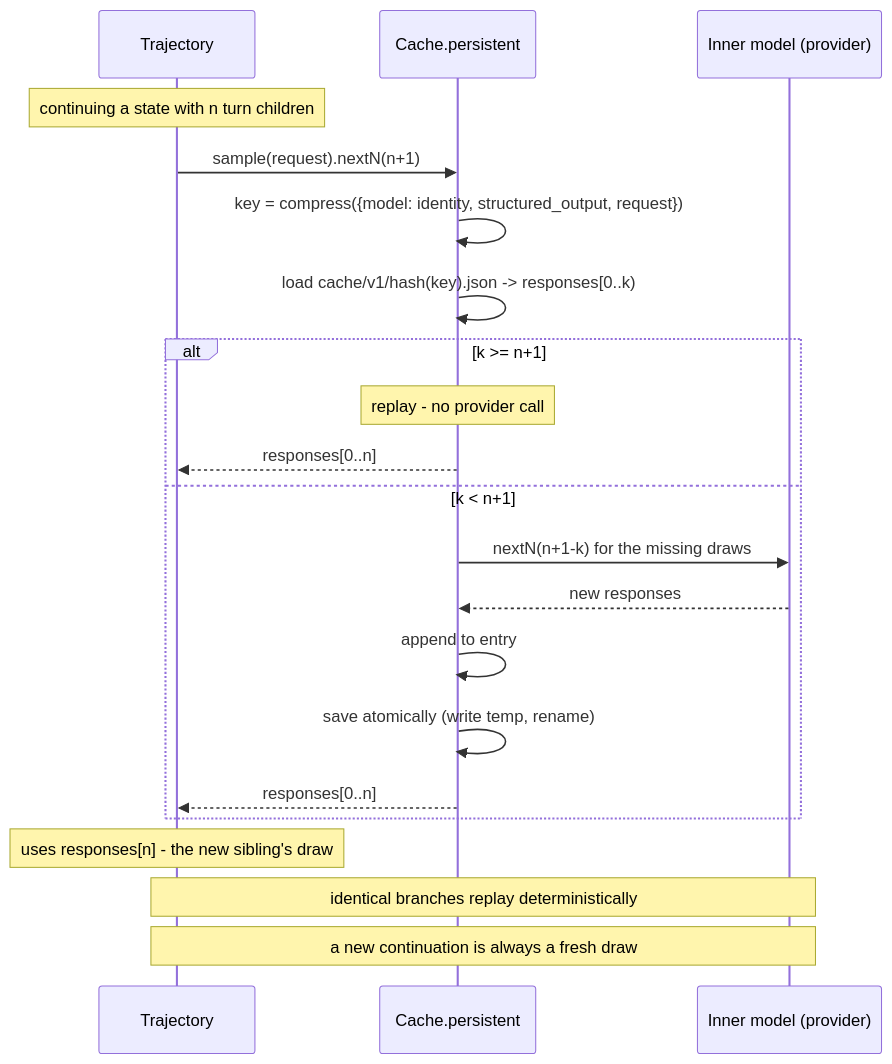
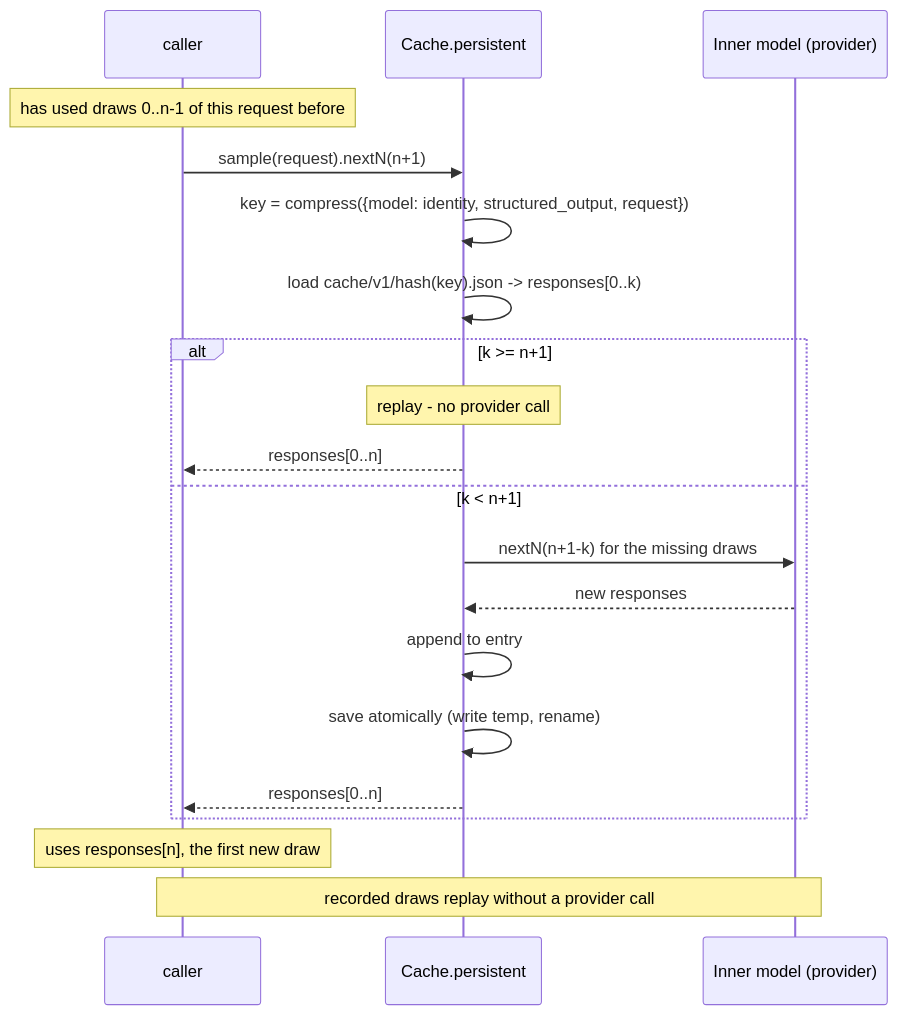
The fourth of 4 diagrams in docs/llm-api.md (mechtaev/alaya), drawn with Mermaid before and after one commit. The commit also changed other lines of this file and 11 other files, not shown here.

````diff
--- a/docs/llm-api.md
+++ b/docs/llm-api.md
@@ -155,24 +376,23 @@
 ```mermaid
 sequenceDiagram
-    participant T as Trajectory
+    participant T as caller
     participant C as Cache.persistent
     participant M as Inner model (provider)
 
-    Note over T: continuing a state with n turn children
+    Note over T: has used draws 0..n-1 of this request before
     T->>C: sample(request).nextN(n+1)
     C->>C: key = compress({model: identity, structured_output, request})
     C->>C: load cache/v1/hash(key).json -> responses[0..k)
     alt k >= n+1
         Note over C: replay - no provider call
         C-->>T: responses[0..n]
     else k < n+1
         C->>M: nextN(n+1-k) for the missing draws
         M-->>C: new responses
         C->>C: append to entry
         C->>C: save atomically (write temp, rename)
         C-->>T: responses[0..n]
     end
-    Note over T: uses responses[n] - the new sibling's draw
-    Note over T,M: identical branches replay deterministically
-    Note over T,M: a new continuation is always a fresh draw
+    Note over T: uses responses[n], the first new draw
+    Note over T,M: recorded draws replay without a provider call
 ```
````
